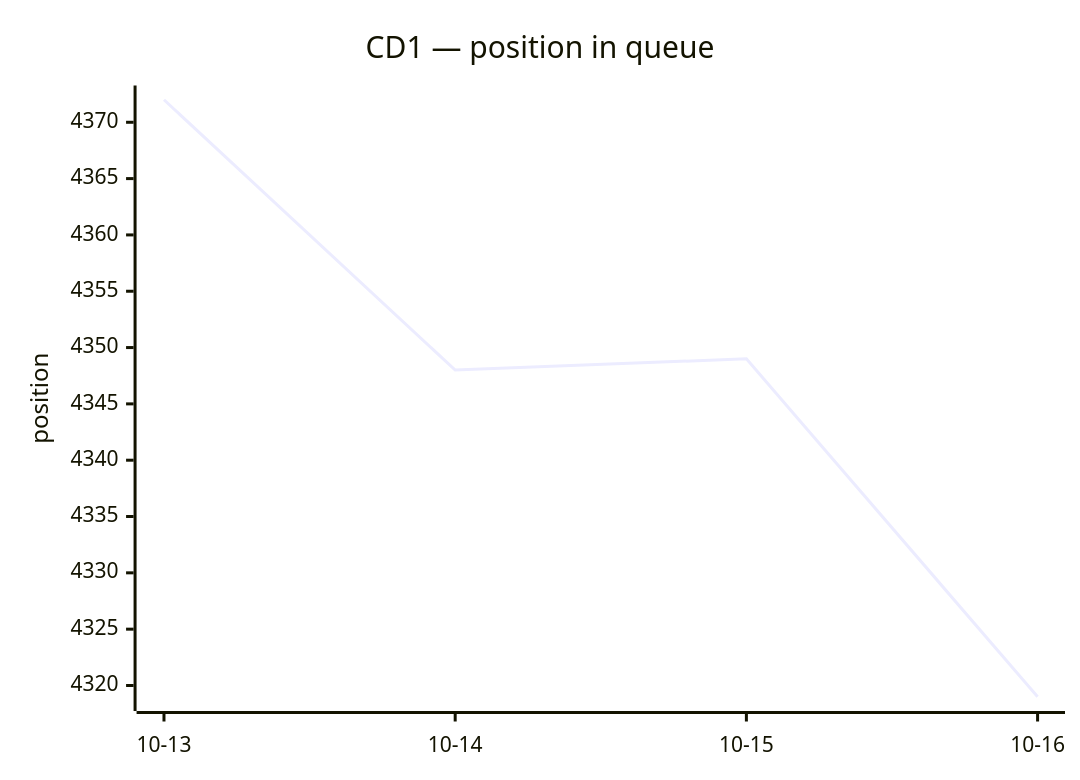
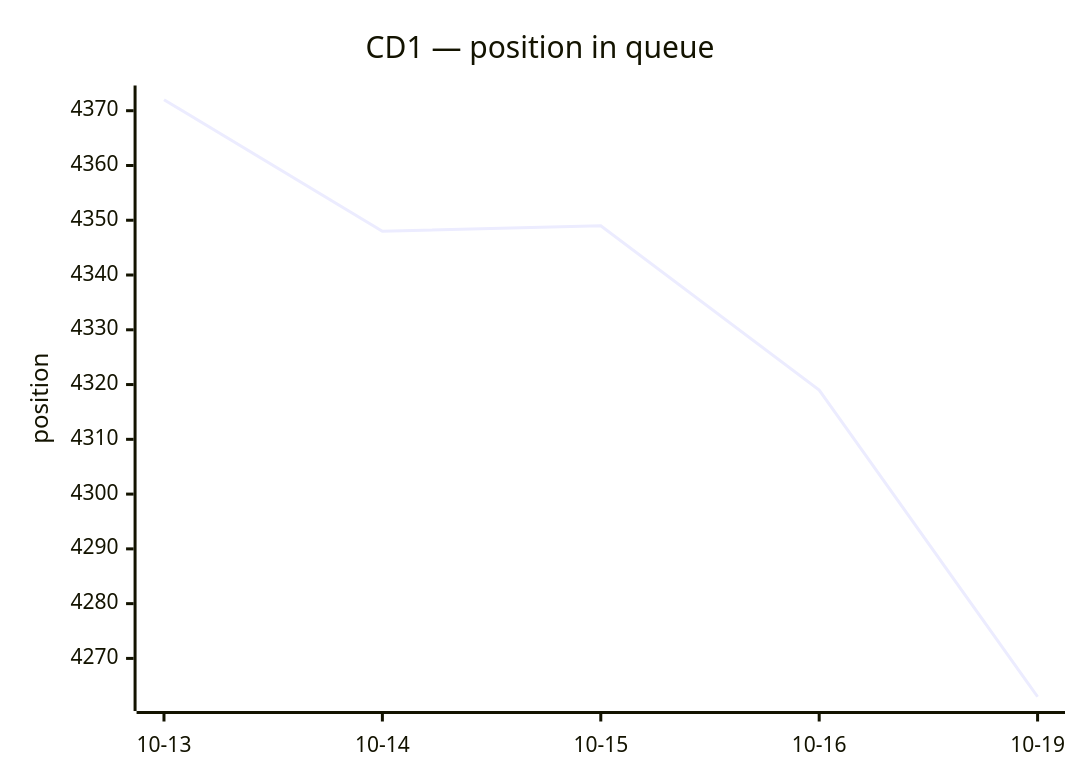
One commit to thyarles/thyarles changed the second of 2 diagrams in queue/README.md. Above: the diagram before and after it, drawn with Mermaid. The commit also changed other lines of this file and 2 other files, not shown here.

````diff
--- a/queue/README.md
+++ b/queue/README.md
@@ -101,7 +101,7 @@
 ```mermaid
 xychart-beta
   title "CD1 — position in queue"
-  x-axis ["10-13", "10-14", "10-15", "10-16"]
+  x-axis ["10-13", "10-14", "10-15", "10-16", "10-19"]
   y-axis "position"
-  line [4372, 4348, 4349, 4319]
+  line [4372, 4348, 4349, 4319, 4263]
 ```
````
